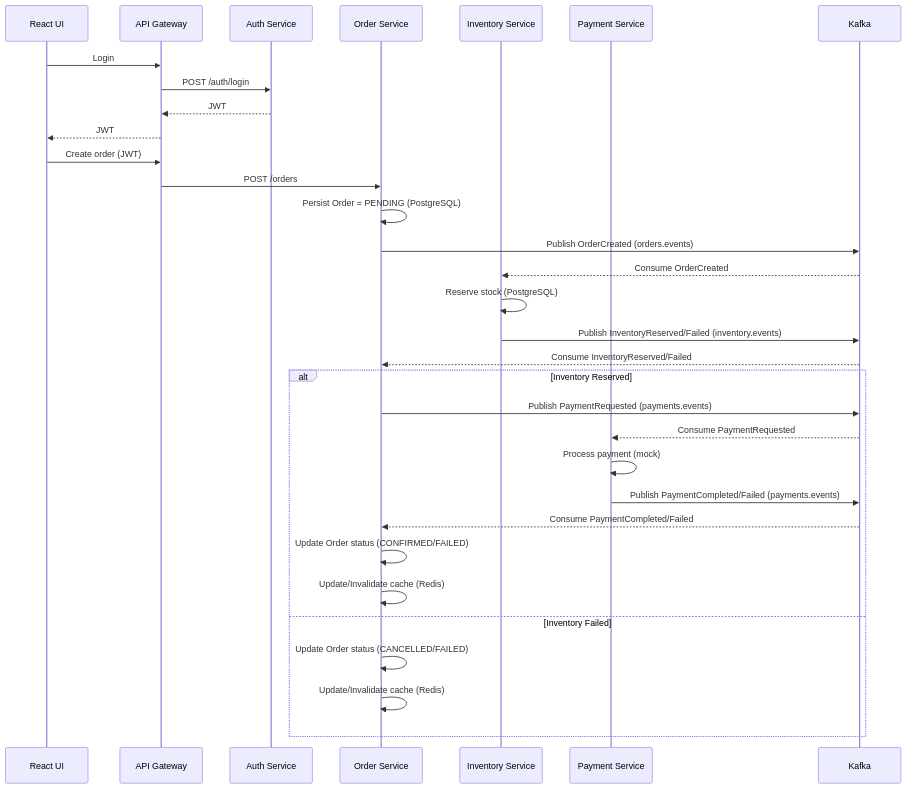
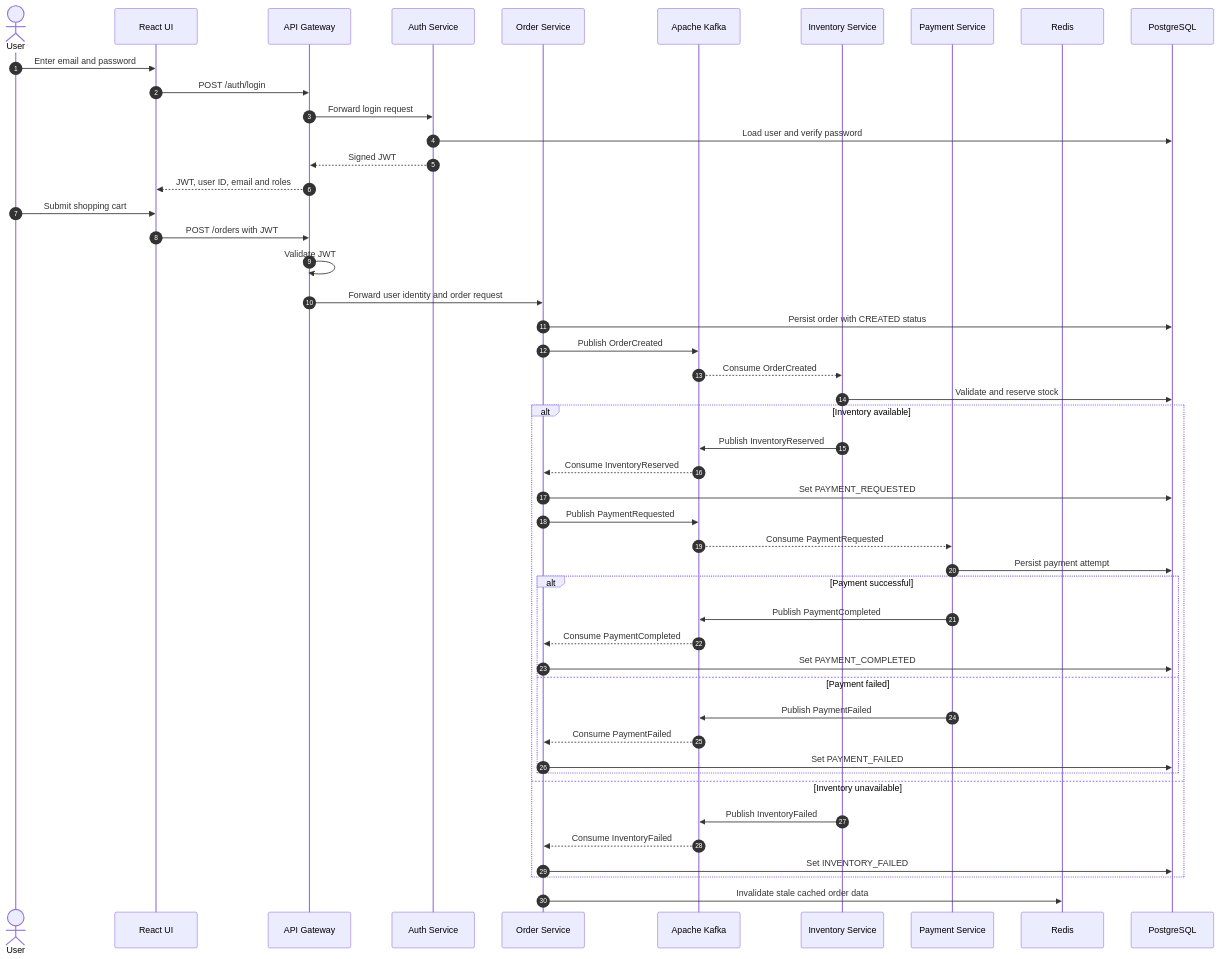
The second of 6 diagrams in README.md (leelamanisankarpeerukattla/enterprise-order-management-system), drawn with Mermaid before and after one commit. The commit also changed other lines of this file, not shown here.

````diff
--- a/README.md
+++ b/README.md
@@ -38,38 +189,59 @@
 ```mermaid
 sequenceDiagram
-  participant UI as React UI
-  participant GW as API Gateway
-  participant AUTH as Auth Service
-  participant ORD as Order Service
-  participant INV as Inventory Service
-  participant PAY as Payment Service
-  participant K as Kafka
+    autonumber
 
-  UI->>GW: Login
-  GW->>AUTH: POST /auth/login
-  AUTH-->>GW: JWT
-  GW-->>UI: JWT
+    actor User
+    participant UI as React UI
+    participant GW as API Gateway
+    participant Auth as Auth Service
+    participant Order as Order Service
+    participant Kafka as Apache Kafka
+    participant Inventory as Inventory Service
+    participant Payment as Payment Service
+    participant Redis as Redis
+    participant DB as PostgreSQL
 
-  UI->>GW: Create order (JWT)
-  GW->>ORD: POST /orders
-  ORD->>ORD: Persist Order = PENDING (PostgreSQL)
-  ORD->>K: Publish OrderCreated (orders.events)
+    User->>UI: Enter email and password
+    UI->>GW: POST /auth/login
+    GW->>Auth: Forward login request
+    Auth->>DB: Load user and verify password
+    Auth-->>GW: Signed JWT
+    GW-->>UI: JWT, user ID, email and roles
 
-  K-->>INV: Consume OrderCreated
-  INV->>INV: Reserve stock (PostgreSQL)
-  INV->>K: Publish InventoryReserved/Failed (inventory.events)
+    User->>UI: Submit shopping cart
+    UI->>GW: POST /orders with JWT
+    GW->>GW: Validate JWT
+    GW->>Order: Forward user identity and order request
 
-  K-->>ORD: Consume InventoryReserved/Failed
-  alt Inventory Reserved
-    ORD->>K: Publish PaymentRequested (payments.events)
-    K-->>PAY: Consume PaymentRequested
-    PAY->>PAY: Process payment (mock)
-    PAY->>K: Publish PaymentCompleted/Failed (payments.events)
-    K-->>ORD: Consume PaymentCompleted/Failed
-    ORD->>ORD: Update Order status (CONFIRMED/FAILED)
-    ORD->>ORD: Update/Invalidate cache (Redis)
-  else Inventory Failed
-    ORD->>ORD: Update Order status (CANCELLED/FAILED)
-    ORD->>ORD: Update/Invalidate cache (Redis)
-  end
+    Order->>DB: Persist order with CREATED status
+    Order->>Kafka: Publish OrderCreated
+
+    Kafka-->>Inventory: Consume OrderCreated
+    Inventory->>DB: Validate and reserve stock
+
+    alt Inventory available
+        Inventory->>Kafka: Publish InventoryReserved
+        Kafka-->>Order: Consume InventoryReserved
+        Order->>DB: Set PAYMENT_REQUESTED
+        Order->>Kafka: Publish PaymentRequested
+
+        Kafka-->>Payment: Consume PaymentRequested
+        Payment->>DB: Persist payment attempt
+
+        alt Payment successful
+            Payment->>Kafka: Publish PaymentCompleted
+            Kafka-->>Order: Consume PaymentCompleted
+            Order->>DB: Set PAYMENT_COMPLETED
+        else Payment failed
+            Payment->>Kafka: Publish PaymentFailed
+            Kafka-->>Order: Consume PaymentFailed
+            Order->>DB: Set PAYMENT_FAILED
+        end
+    else Inventory unavailable
+        Inventory->>Kafka: Publish InventoryFailed
+        Kafka-->>Order: Consume InventoryFailed
+        Order->>DB: Set INVENTORY_FAILED
+    end
+
+    Order->>Redis: Invalidate stale cached order data
 ```
````
